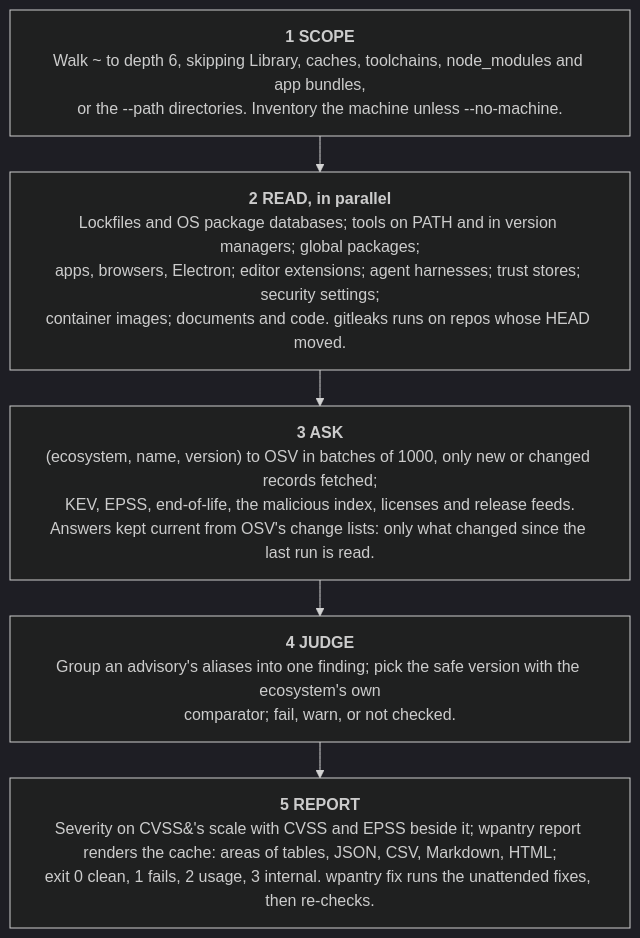
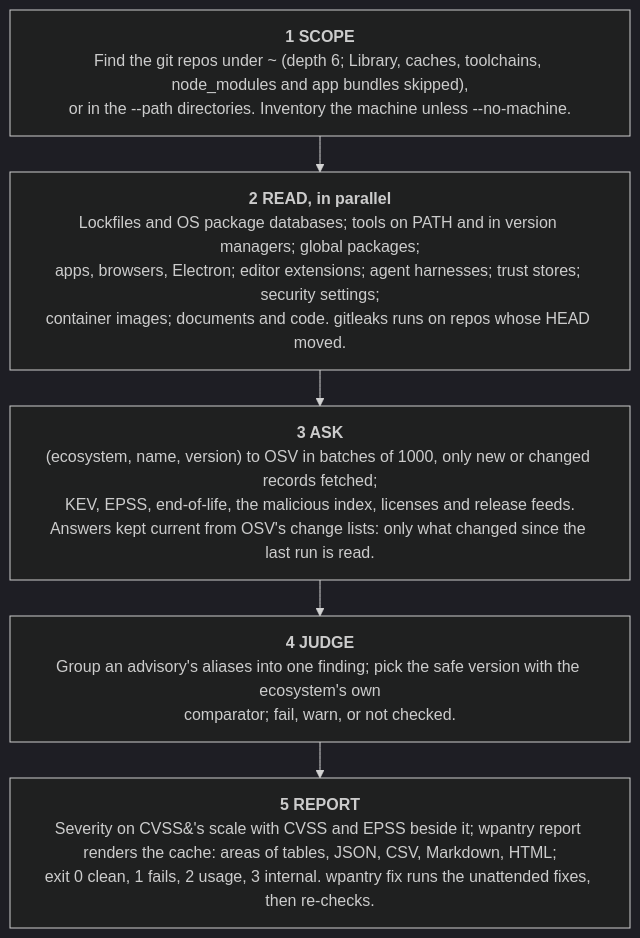
One commit to waffuruai/pantry changed the first of 2 diagrams in docs/public/architecture.md. Above: the diagram before and after it, drawn with Mermaid (dark theme). The commit also changed 4 other files, not shown here.

````diff
--- a/docs/public/architecture.md
+++ b/docs/public/architecture.md
@@ -22,10 +22,10 @@
 ```mermaid
 %%{init: {"flowchart": {"wrappingWidth": 560, "nodeSpacing": 40, "rankSpacing": 36}}}%%
 flowchart TB
-  scope["<b>1 SCOPE</b><br/>Walk ~ to depth 6, skipping Library, caches, toolchains, node_modules and app bundles,<br/>or the --path directories. Inventory the machine unless --no-machine."]
+  scope["<b>1 SCOPE</b><br/>Find the git repos under ~ (depth 6; Library, caches, toolchains, node_modules and app bundles skipped),<br/>or in the --path directories. Inventory the machine unless --no-machine."]
   read["<b>2 READ, in parallel</b><br/>Lockfiles and OS package databases; tools on PATH and in version managers; global packages;<br/>apps, browsers, Electron; editor extensions; agent harnesses; trust stores; security settings;<br/>container images; documents and code. gitleaks runs on repos whose HEAD moved."]
   ask["<b>3 ASK</b><br/>(ecosystem, name, version) to OSV in batches of 1000, only new or changed records fetched;<br/>KEV, EPSS, end-of-life, the malicious index, licenses and release feeds.<br/>Answers kept current from OSV's change lists: only what changed since the last run is read."]
   judge["<b>4 JUDGE</b><br/>Group an advisory's aliases into one finding; pick the safe version with the ecosystem's own<br/>comparator; fail, warn, or not checked."]
   report["<b>5 REPORT</b><br/>Severity on CVSS&#39;s scale with CVSS and EPSS beside it; wpantry report renders the cache: areas of tables, JSON, CSV, Markdown, HTML;<br/>exit 0 clean, 1 fails, 2 usage, 3 internal. wpantry fix runs the unattended fixes, then re-checks."]
   scope --> read --> ask --> judge --> report
 ```
````
